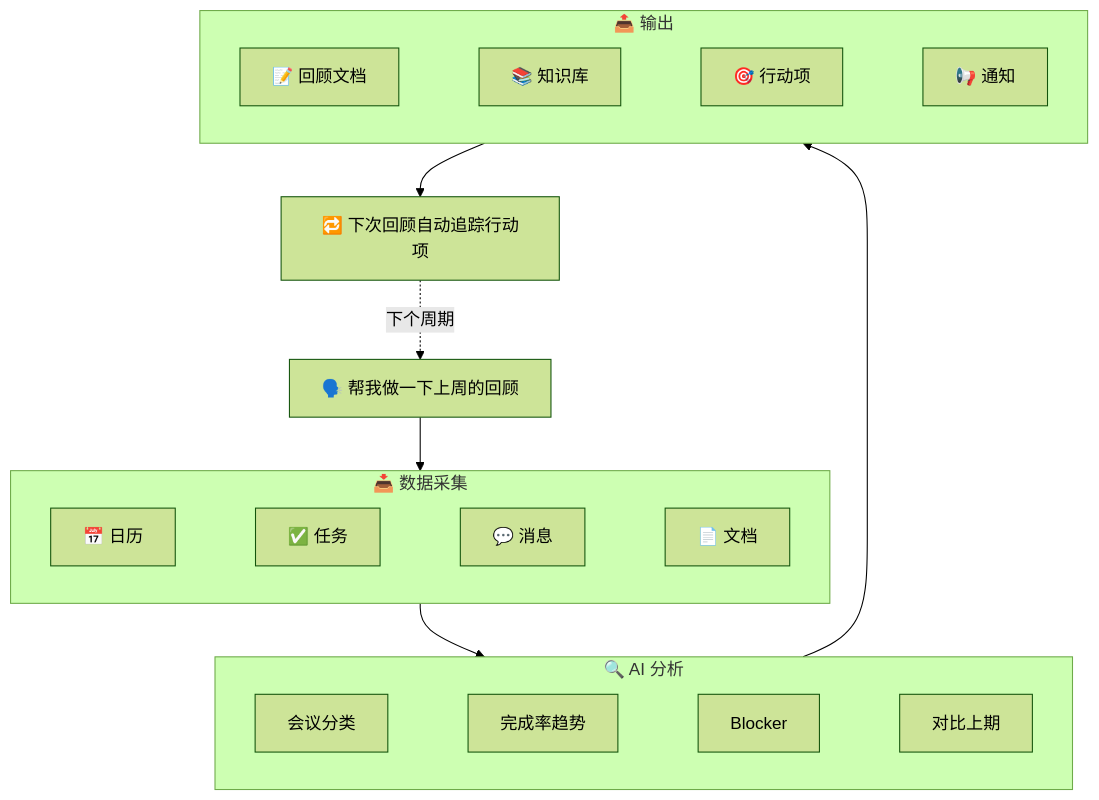
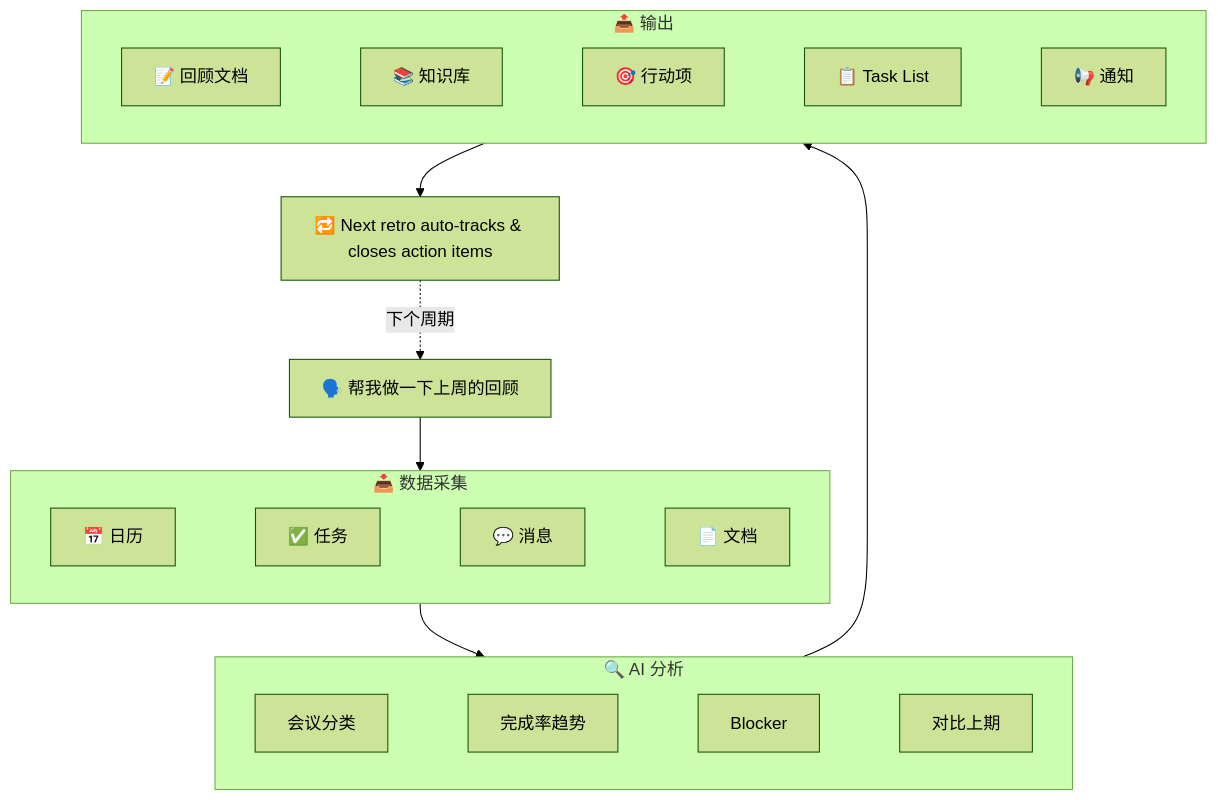
Before and after one commit to gkzzhs/lark-retro: the diagram in README.md, drawn with Mermaid (forest theme). The commit also changed other lines of this file and 4 other files, not shown here.

First line of the commit message:
feat: v2.0.0 — action item closure loop, task lists, --jq, new CLI v1.0.3 features

````diff
--- a/README.md
+++ b/README.md
@@ -63,26 +63,26 @@
 ```mermaid
 flowchart TB
     User["🗣️ 帮我做一下上周的回顾"] --> Collect
 
     subgraph Collect["📥 数据采集"]
         direction LR
         C1["📅 日历"] ~~~ C2["✅ 任务"] ~~~ C3["💬 消息"] ~~~ C4["📄 文档"]
     end
 
     Collect --> Analyze
 
     subgraph Analyze["🔍 AI 分析"]
         direction LR
         A1["会议分类"] ~~~ A2["完成率趋势"] ~~~ A3["Blocker"] ~~~ A4["对比上期"]
     end
 
     Analyze --> Output
 
     subgraph Output["📤 输出"]
         direction LR
-        O1["📝 回顾文档"] ~~~ O2["📚 知识库"] ~~~ O3["🎯 行动项"] ~~~ O4["📢 通知"]
+        O1["📝 回顾文档"] ~~~ O2["📚 知识库"] ~~~ O3["🎯 行动项"] ~~~ O5["📋 Task List"] ~~~ O4["📢 通知"]
     end
 
-    Output --> Loop["🔁 下次回顾自动追踪行动项"]
+    Output --> Loop["🔁 Next retro auto-tracks & closes action items"]
     Loop -.->|"下个周期"| User
 ```
````
